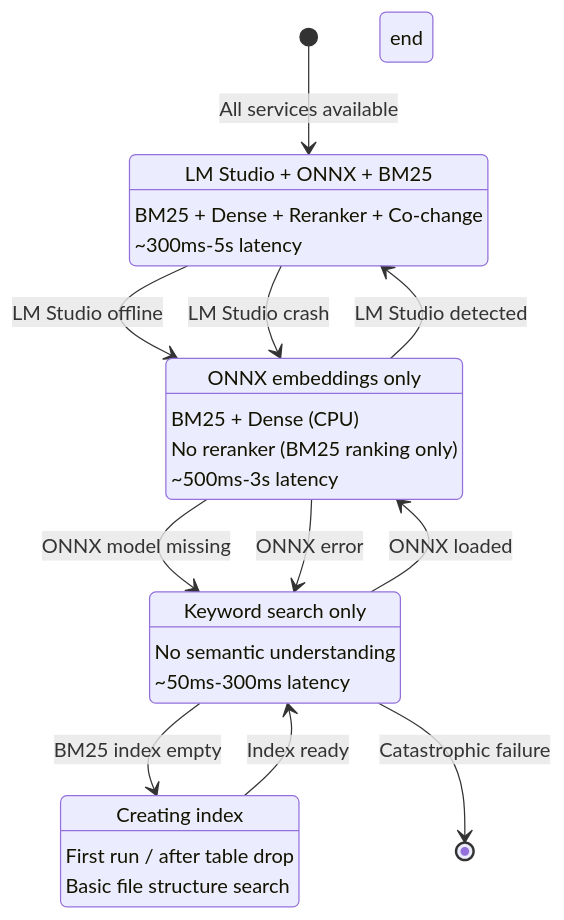
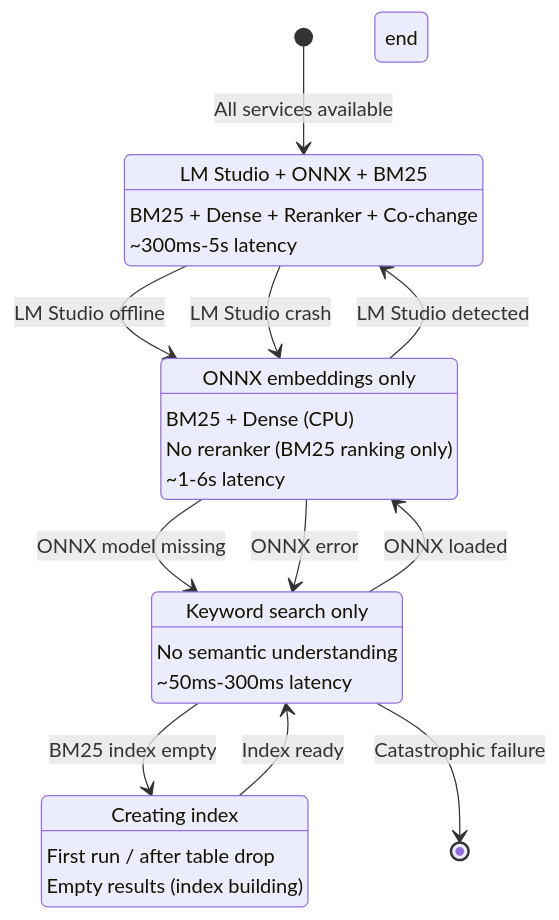
The first of 3 diagrams in docs/en/GRACEFUL_DEGRADATION.md (ManSio/mscodebase-intelligence), drawn with Mermaid before and after one commit. The commit also changed other lines of this file and 6 other files, not shown here.

````diff
--- a/docs/en/GRACEFUL_DEGRADATION.md
+++ b/docs/en/GRACEFUL_DEGRADATION.md
@@ -10,43 +10,43 @@
 ```mermaid
 stateDiagram-v2
     [*] --> L1_Full: All services available
     
     state L1_Full[Level 1: Full Pipeline]
         L1_Full: LM Studio + ONNX + BM25
         L1_Full: BM25 + Dense + Reranker + Co-change
         L1_Full: ~300ms-5s latency
     end
     
     L1_Full --> L2_ONNX: LM Studio offline
     
     state L2_ONNX[Level 2: ONNX Runtime]
         L2_ONNX: ONNX embeddings only
         L2_ONNX: BM25 + Dense (CPU)
         L2_ONNX: No reranker (BM25 ranking only)
-        L2_ONNX: ~500ms-3s latency
+        L2_ONNX: ~1-6s latency
     end
     
     L2_ONNX --> L3_BM25: ONNX model missing
     
     state L3_BM25[Level 3: BM25 Only]
         L3_BM25: Keyword search only
         L3_BM25: No semantic understanding
         L3_BM25: ~50ms-300ms latency
     end
     
     L3_BM25 --> L4_Fallback: BM25 index empty
     
     state L4_Fallback[Level 4: Fallback]
         L4_Fallback: Creating index
         L4_Fallback: First run / after table drop
-        L4_Fallback: Basic file structure search
+        L4_Fallback: Empty results (index building)
     end
     
     L4_Fallback --> L3_BM25: Index ready
     L3_BM25 --> L2_ONNX: ONNX loaded
     L2_ONNX --> L1_Full: LM Studio detected
     
     L1_Full --> L2_ONNX: LM Studio crash
     L2_ONNX --> L3_BM25: ONNX error
     L3_BM25 --> [*]: Catastrophic failure
 ```
````
